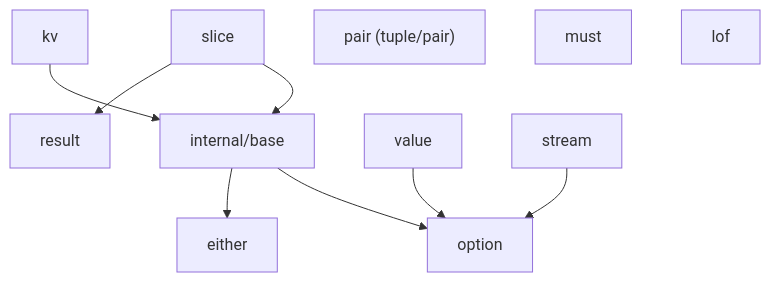
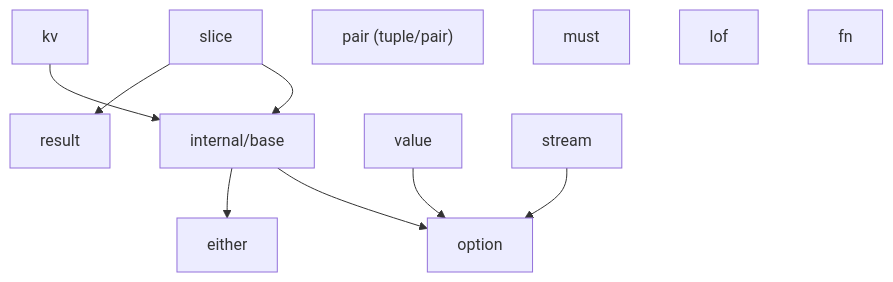
Before and after one commit to binaryphile/fluentfp: the diagram in docs/design.md, drawn with Mermaid. The commit also changed other lines of this file and 9 other files, not shown here.

````diff
--- a/docs/design.md
+++ b/docs/design.md
@@ -7,14 +7,15 @@
 ```mermaid
 flowchart TD
     base["internal/base"] --> option
     base --> either
     slice --> base
     slice --> result
     kv --> base
     value --> option
     result
     stream --> option
     pair["pair (tuple/pair)"]
     must
     lof
+    fn
 ```
````
